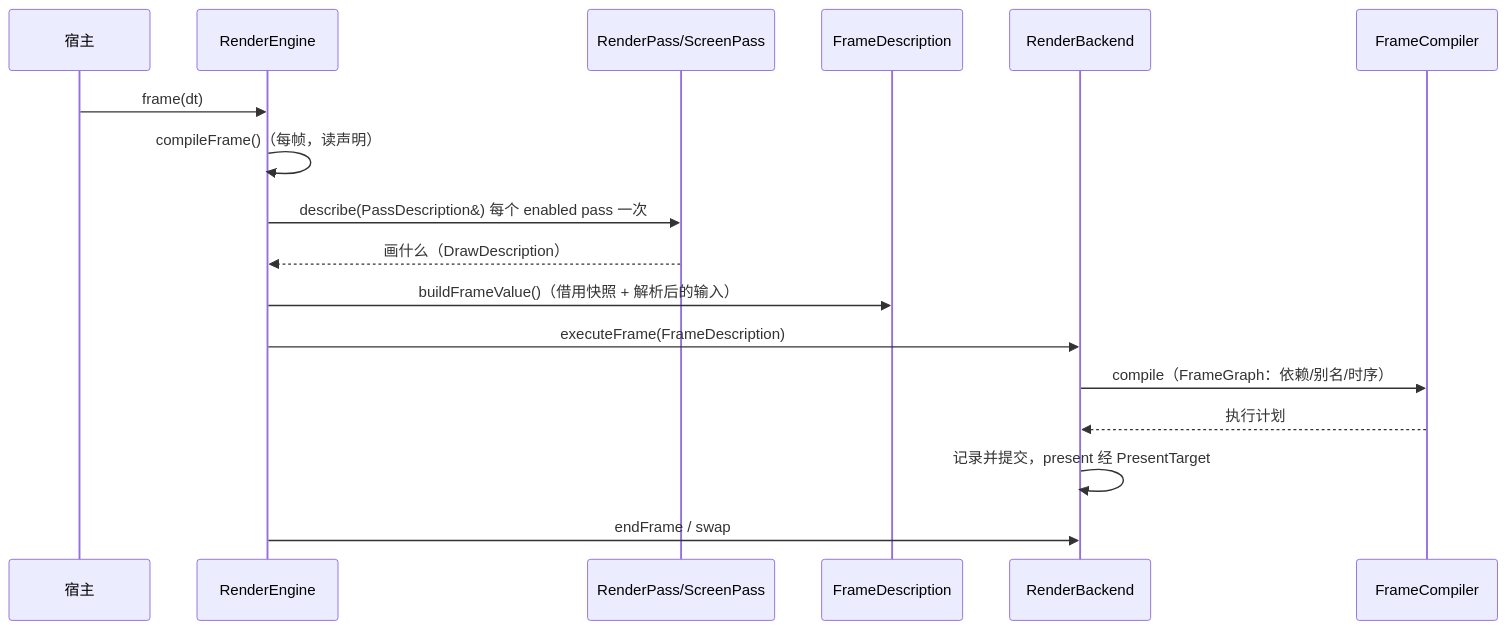
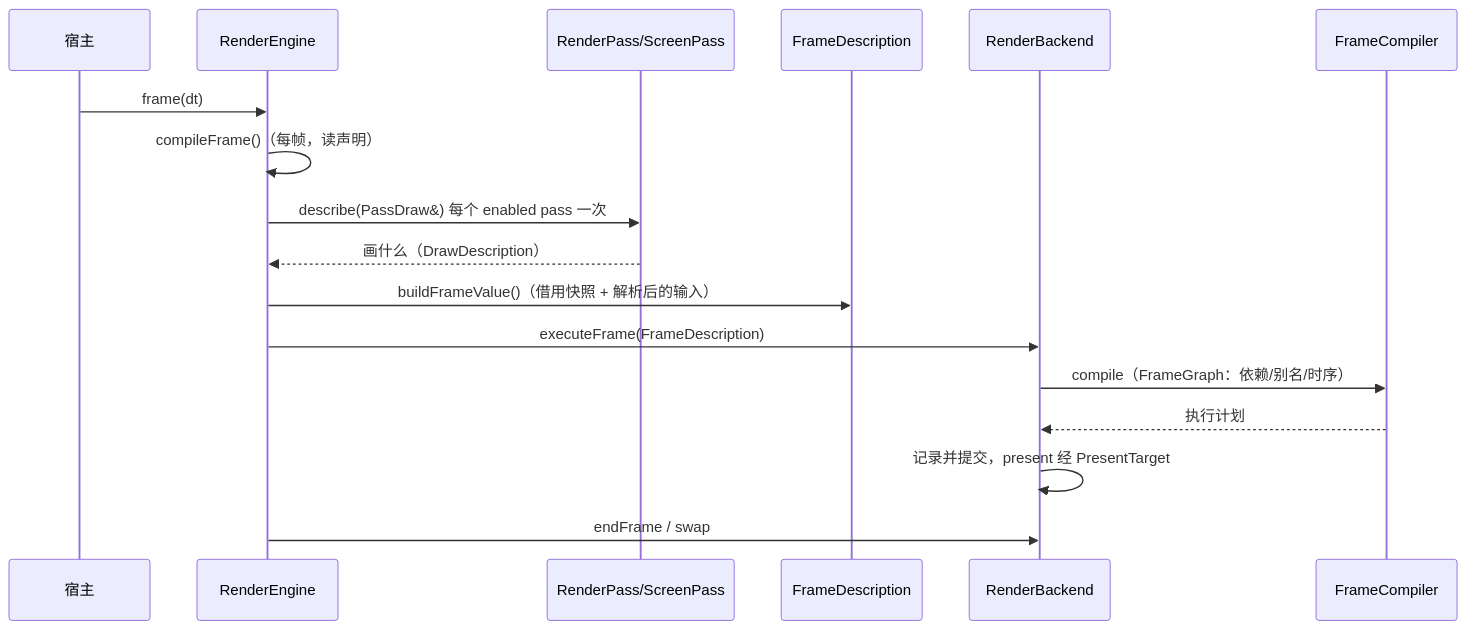
Before and after one commit to lonelyong/Vine: the third of 4 diagrams in .ai/design/graphics-skeleton-review-2026-10-20.md, drawn with Mermaid. The commit also changed other lines of this file and 16 other files, not shown here.

First line of the commit message:
design: graphics abstraction, API and data-flow review rounds

````diff
--- a/.ai/design/graphics-skeleton-review-2026-10-20.md
+++ b/.ai/design/graphics-skeleton-review-2026-10-20.md
@@ -71,19 +71,19 @@
 ```mermaid
 sequenceDiagram
     participant H as 宿主
     participant E as RenderEngine
     participant P as RenderPass/ScreenPass
     participant F as FrameDescription
     participant B as RenderBackend
     participant X as FrameCompiler
     H->>E: frame(dt)
     E->>E: compileFrame()（每帧，读声明）
-    E->>P: describe(PassDescription&) 每个 enabled pass 一次
+    E->>P: describe(PassDraw&) 每个 enabled pass 一次
     P-->>E: 画什么（DrawDescription）
     E->>F: buildFrameValue()（借用快照 + 解析后的输入）
     E->>B: executeFrame(FrameDescription)
     B->>X: compile（FrameGraph：依赖/别名/时序）
     X-->>B: 执行计划
     B->>B: 记录并提交，present 经 PresentTarget
     E->>B: endFrame / swap
 ```
````
